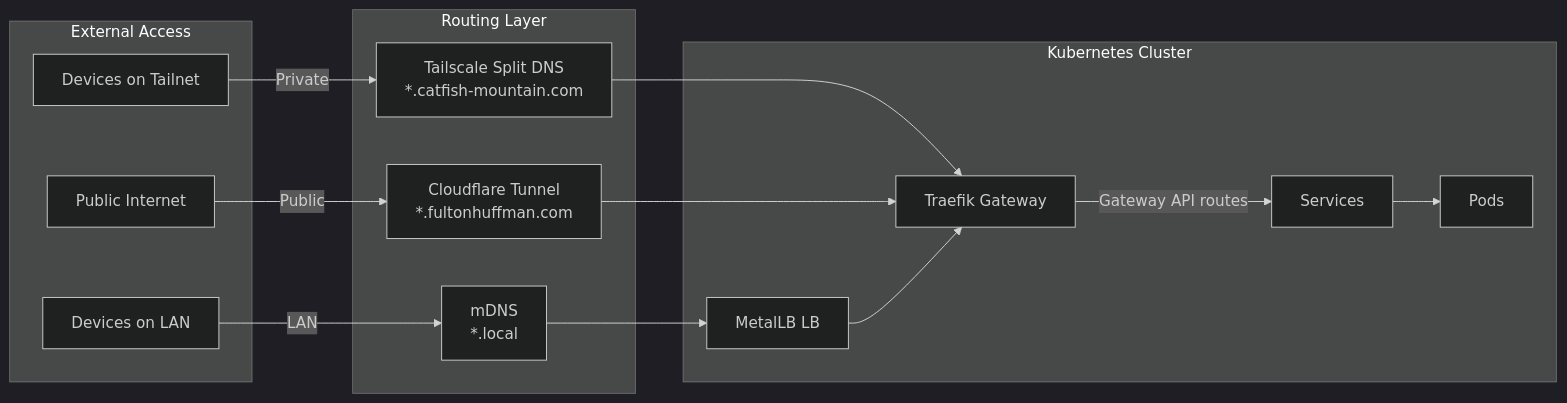
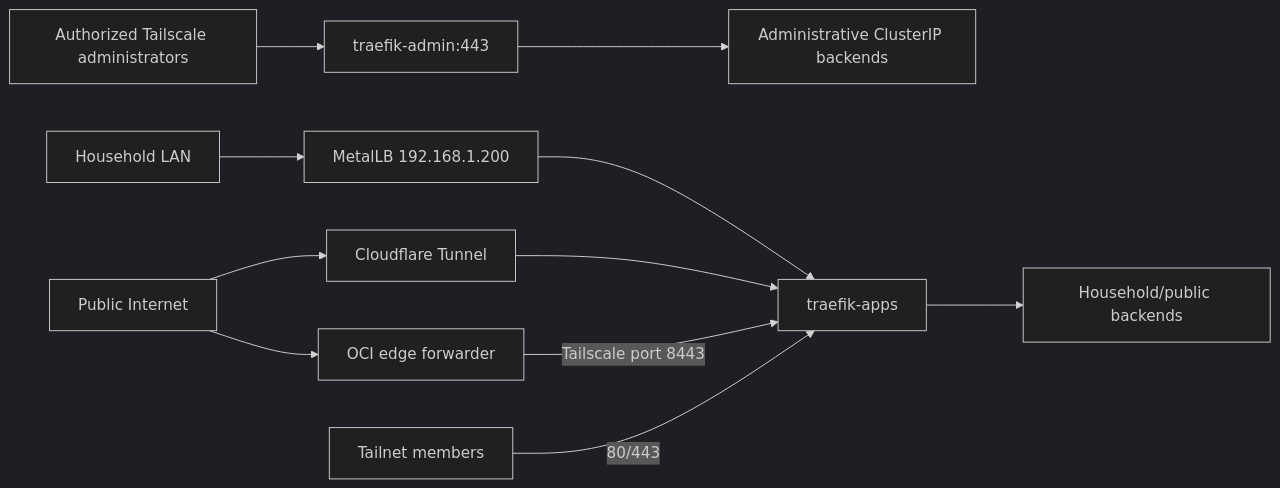
One commit to bafulton/homelab changed the first of 2 diagrams in kubernetes/infra/README.md. Above: the diagram before and after it, drawn with Mermaid (dark theme). The commit also changed other lines of this file and 45 other files, not shown here.

````diff
--- a/kubernetes/infra/README.md
+++ b/kubernetes/infra/README.md
@@ -40,33 +43,13 @@
 ```mermaid
 flowchart LR
-    subgraph external[External Access]
-        tailnet[Devices on Tailnet]
-        internet[Public Internet]
-        lan[Devices on LAN]
-    end
-
-    subgraph routing[Routing Layer]
-        splitdns[Tailscale Split DNS<br/>*.catfish-mountain.com]
-        cloudflare[Cloudflare Tunnel<br/>*.fultonhuffman.com]
-        mdns[mDNS<br/>*.local]
-    end
-
-    subgraph k8s[Kubernetes Cluster]
-        gateway[Traefik Gateway]
-        metallb[MetalLB LB]
-        svc[Services]
-        pods[Pods]
-    end
-
-    tailnet -->|Private| splitdns
-    internet -->|Public| cloudflare
-    lan -->|LAN| mdns
-
-    splitdns --> gateway
-    cloudflare --> gateway
-    mdns --> metallb
-
-    metallb --> gateway
-    gateway -->|Gateway API routes| svc
-    svc --> pods
+    admins[Authorized Tailscale administrators] --> admin[traefik-admin:443]
+    admin --> dashboards[Administrative ClusterIP backends]
+    lan[Household LAN] --> vip[MetalLB 192.168.1.200]
+    vip --> apps[traefik-apps]
+    internet[Public Internet] --> cf[Cloudflare Tunnel]
+    internet --> edge[OCI edge forwarder]
+    cf --> apps
+    edge -->|Tailscale port 8443| apps
+    members[Tailnet members] -->|80/443| apps
+    apps --> services[Household/public backends]
 ```
````
